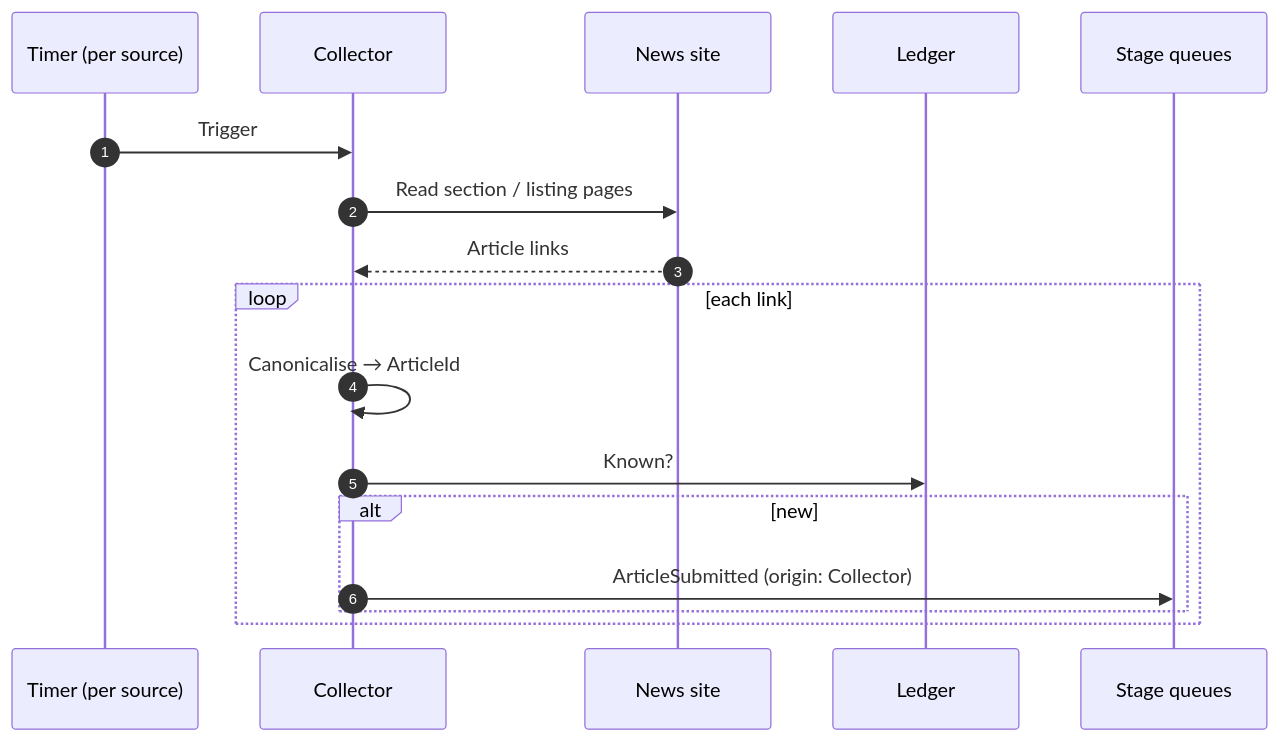
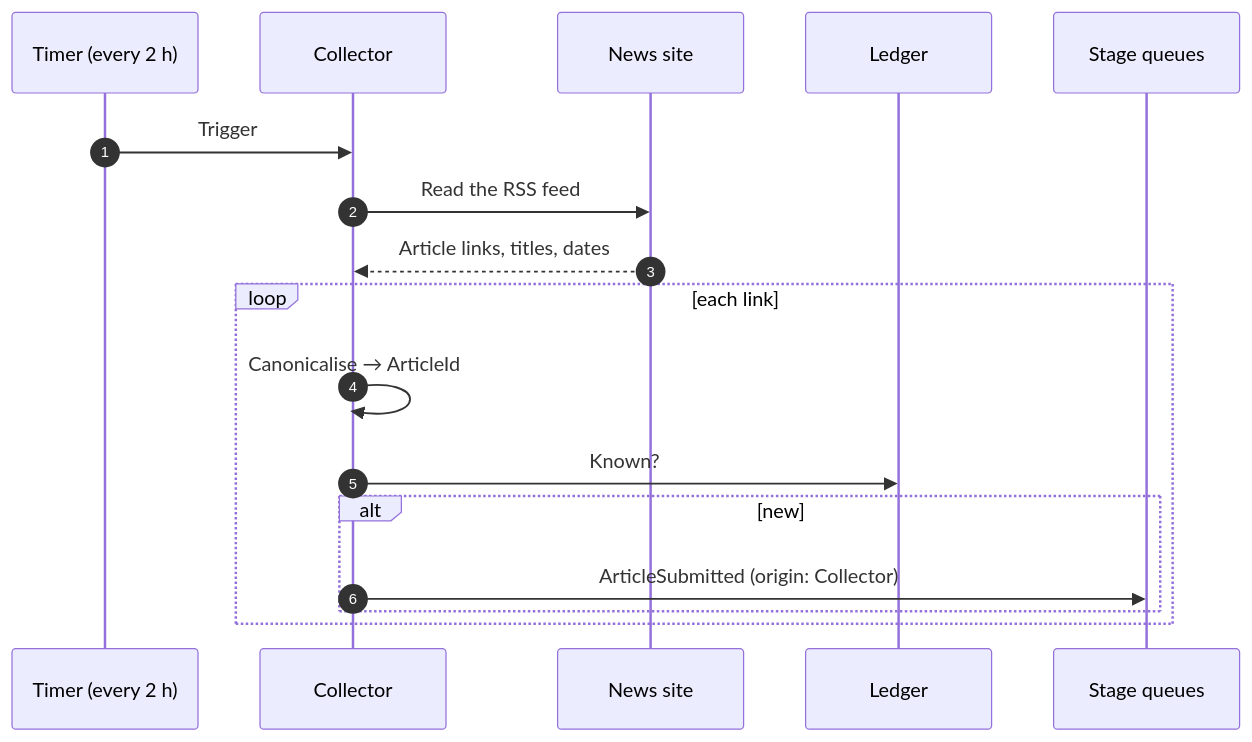
Before and after one commit to osmandmc/direnistakip-pipeline: the sixth of 7 diagrams in architecture.md, drawn with Mermaid. The commit also changed other lines of this file and 13 other files, not shown here.

First line of the commit message:
Collect Evrensel's RSS feed on a timer (E7)

````diff
--- a/architecture.md
+++ b/architecture.md
@@ -254,20 +256,20 @@
 ```mermaid
 sequenceDiagram
     autonumber
-    participant T as Timer (per source)
+    participant T as Timer (every 2 h)
     participant C as Collector
     participant SRC as News site
     participant S as Ledger
     participant Q as Stage queues
 
     T->>C: Trigger
-    C->>SRC: Read section / listing pages
-    SRC-->>C: Article links
+    C->>SRC: Read the RSS feed
+    SRC-->>C: Article links, titles, dates
     loop each link
         C->>C: Canonicalise → ArticleId
         C->>S: Known?
         alt new
             C->>Q: ArticleSubmitted (origin: Collector)
         end
     end
 ```
````
